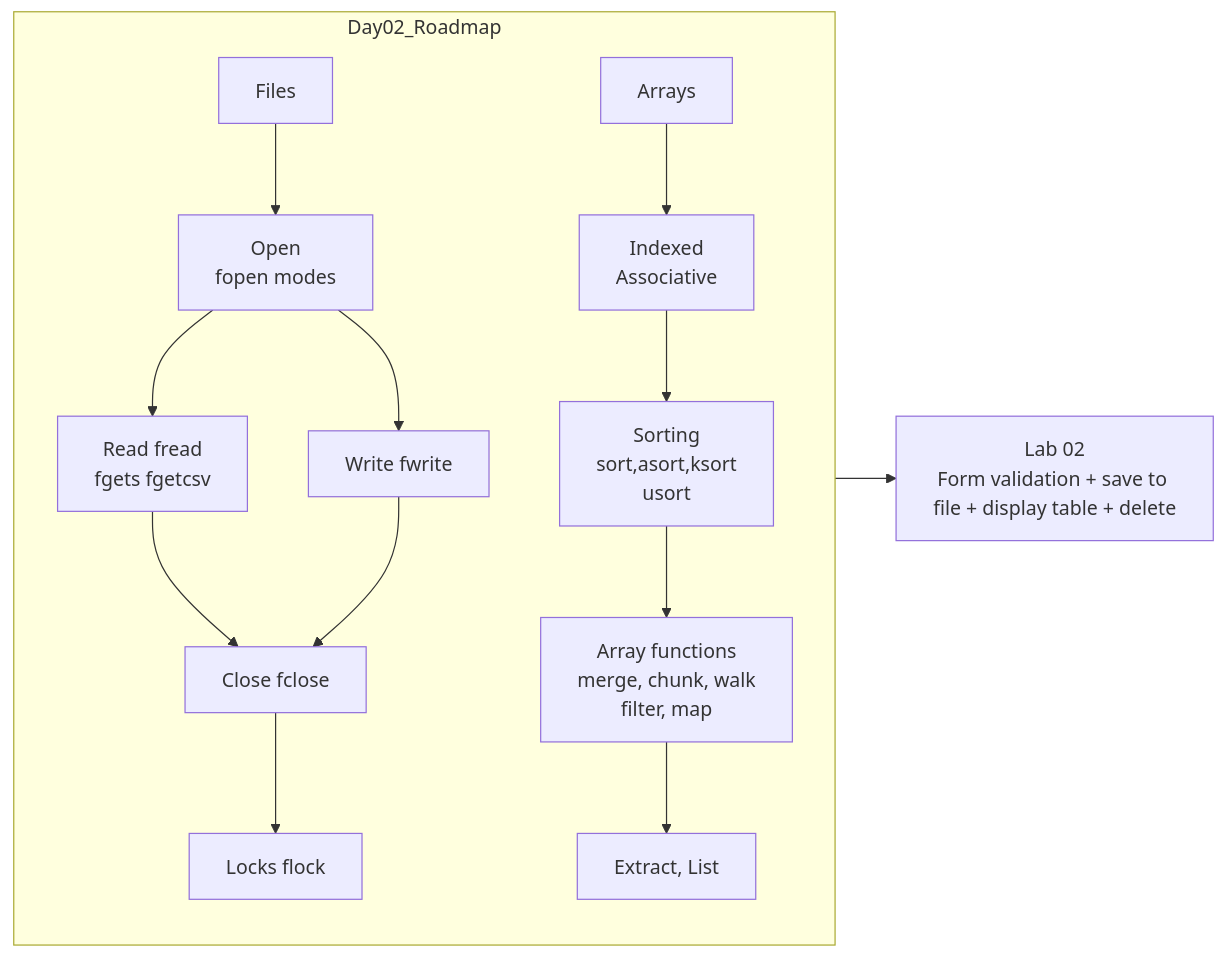
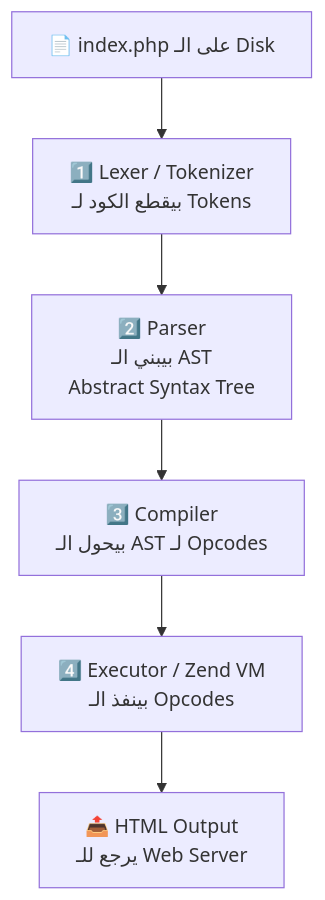
One commit to muhammad-khaled-tech/My-Study-Notes changed the first of 6 diagrams in php/PHP Day02.md. Above: the diagram before and after it, drawn with Mermaid. The commit also changed other lines of this file and 2 other files, not shown here.

````diff
--- a/php/PHP Day02.md
+++ b/php/PHP Day02.md
@@ -9,16 +115,8 @@
 ```mermaid
-flowchart LR
-    subgraph Day02_Roadmap
-        A[Files] --> A1[Open<br/>fopen modes]
-        A1 --> A2[Read fread<br/>fgets fgetcsv]
-        A1 --> A3[Write fwrite]
-        A2 --> A4[Close fclose]
-        A3 --> A4
-        A4 --> A5[Locks flock]
-        B[Arrays] --> B1[Indexed<br/>Associative]
-        B1 --> B2[Sorting<br/>sort,asort,ksort<br/>usort]
-        B2 --> B3[Array functions<br/>merge, chunk, walk<br/>filter, map]
-        B3 --> B4[Extract, List]
-    end
-    Day02_Roadmap --> Lab[Lab 02<br/>Form validation + save to file + display table + delete]
+flowchart TD
+    A[📄 index.php على الـ Disk] --> B[1️⃣ Lexer / Tokenizer<br/>بيقطع الكود لـ Tokens]
+    B --> C[2️⃣ Parser<br/>بيبني الـ AST<br/>Abstract Syntax Tree]
+    C --> D[3️⃣ Compiler<br/>بيحول الـ AST لـ Opcodes]
+    D --> E[4️⃣ Executor / Zend VM<br/>بينفذ الـ Opcodes]
+    E --> F[📤 HTML Output<br/>يرجع للـ Web Server]
 ```
````
